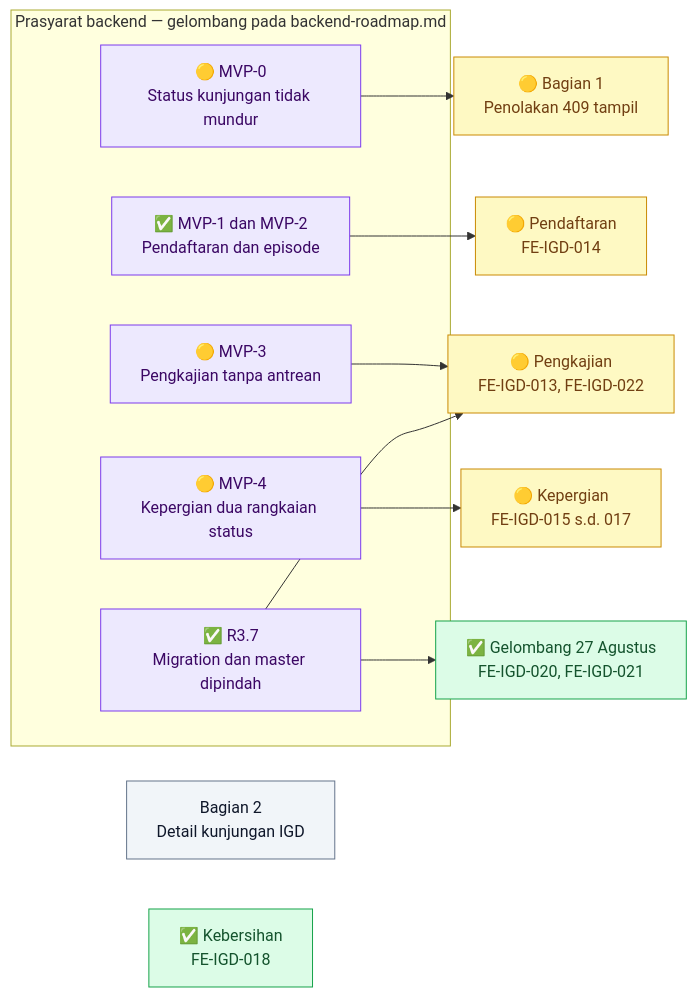
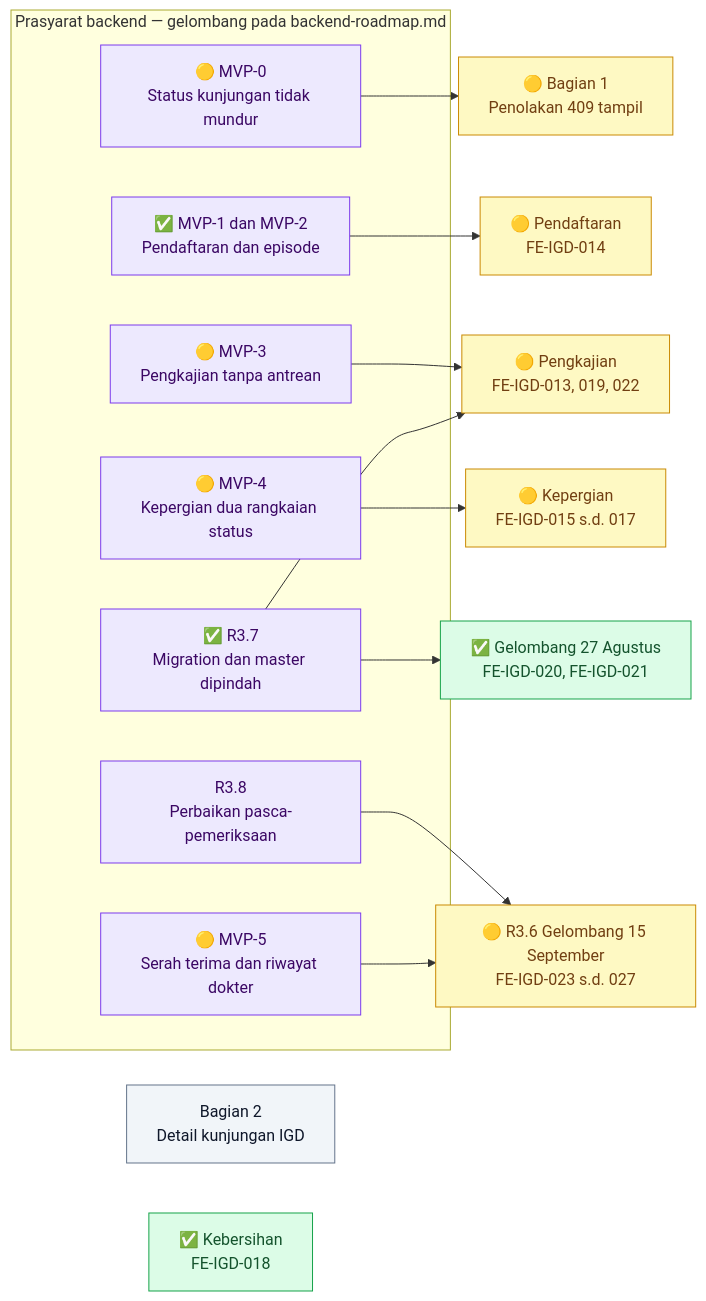
One commit to DevBenari/NewQuilvianSystemBackend changed the first of 6 diagrams in docs/module-blueprints/igd/roadmap/frontend-roadmap.md. Above: the diagram before and after it, drawn with Mermaid. The commit also changed other lines of this file and 19 other files, not shown here.

````diff
--- a/docs/module-blueprints/igd/roadmap/frontend-roadmap.md
+++ b/docs/module-blueprints/igd/roadmap/frontend-roadmap.md
@@ -64,31 +65,36 @@
 ```mermaid
 flowchart LR
     classDef selesai fill:#DCFCE7,stroke:#16A34A,color:#14532D
     classDef sebagian fill:#FEF9C3,stroke:#CA8A04,color:#713F12
     classDef terblokir fill:#FEE2E2,stroke:#DC2626,color:#7F1D1D
     classDef belum fill:#F1F5F9,stroke:#64748B,color:#0F172A
     classDef luar fill:#EDE9FE,stroke:#7C3AED,color:#3B0764
 
     subgraph backend["Prasyarat backend — gelombang pada backend-roadmap.md"]
         BMVP0["🟡 MVP-0<br/>Status kunjungan tidak mundur"]:::luar
         BMVP12["✅ MVP-1 dan MVP-2<br/>Pendaftaran dan episode"]:::luar
         BMVP3["🟡 MVP-3<br/>Pengkajian tanpa antrean"]:::luar
         BMVP4["🟡 MVP-4<br/>Kepergian dua rangkaian status"]:::luar
         BR37["✅ R3.7<br/>Migration dan master dipindah"]:::luar
+        BR38["R3.8<br/>Perbaikan pasca-pemeriksaan"]:::luar
+        BMVP5["🟡 MVP-5<br/>Serah terima dan riwayat dokter"]:::luar
     end
 
     FMVP0["🟡 Bagian 1<br/>Penolakan 409 tampil"]:::sebagian
     FWARIS["Bagian 2<br/>Detail kunjungan IGD"]:::belum
     FDAFTAR["🟡 Pendaftaran<br/>FE-IGD-014"]:::sebagian
-    FKAJI["🟡 Pengkajian<br/>FE-IGD-013, FE-IGD-022"]:::sebagian
+    FKAJI["🟡 Pengkajian<br/>FE-IGD-013, 019, 022"]:::sebagian
     FPERGI["🟡 Kepergian<br/>FE-IGD-015 s.d. 017"]:::sebagian
     FMASTER["✅ Gelombang 27 Agustus<br/>FE-IGD-020, FE-IGD-021"]:::selesai
     FBERSIH["✅ Kebersihan<br/>FE-IGD-018"]:::selesai
+    FPASCA["🟡 R3.6 Gelombang 15 September<br/>FE-IGD-023 s.d. 027"]:::sebagian
 
     BMVP0 --> FMVP0
     BMVP12 --> FDAFTAR
     BMVP3 --> FKAJI
     BR37 --> FKAJI
     BMVP4 --> FPERGI
     BR37 --> FMASTER
+    BR38 --> FPASCA
+    BMVP5 --> FPASCA
 ```
````
